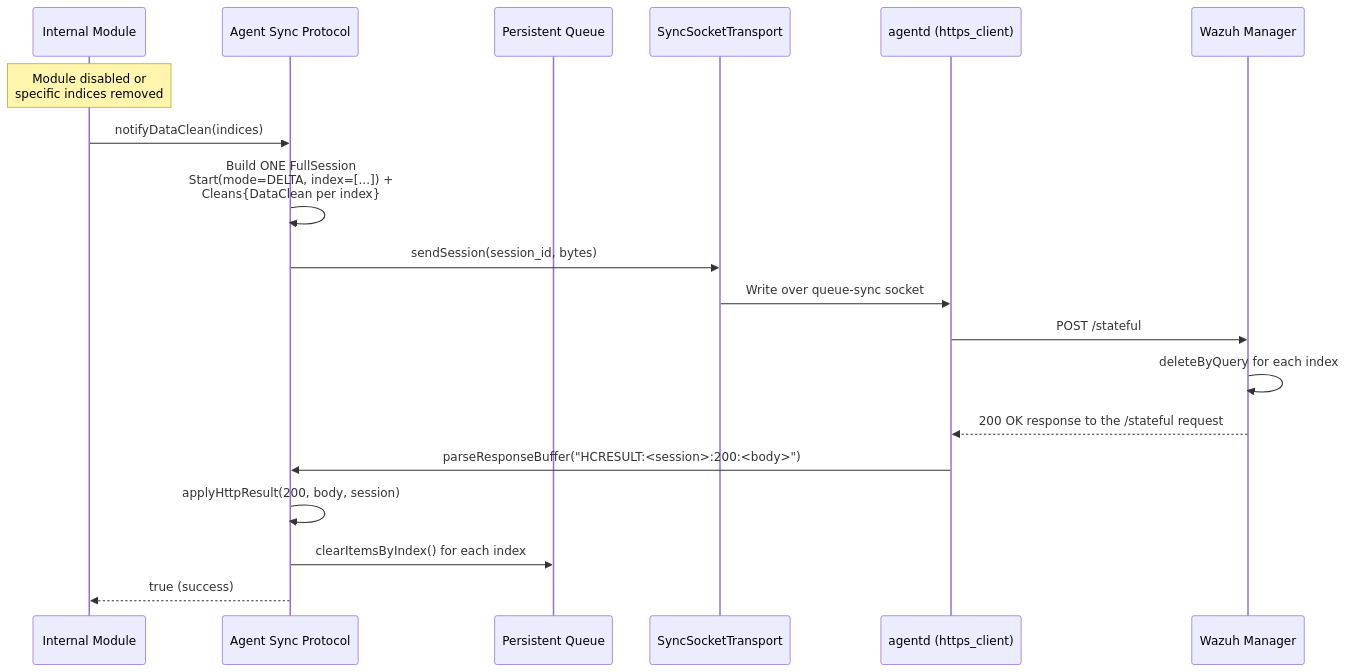
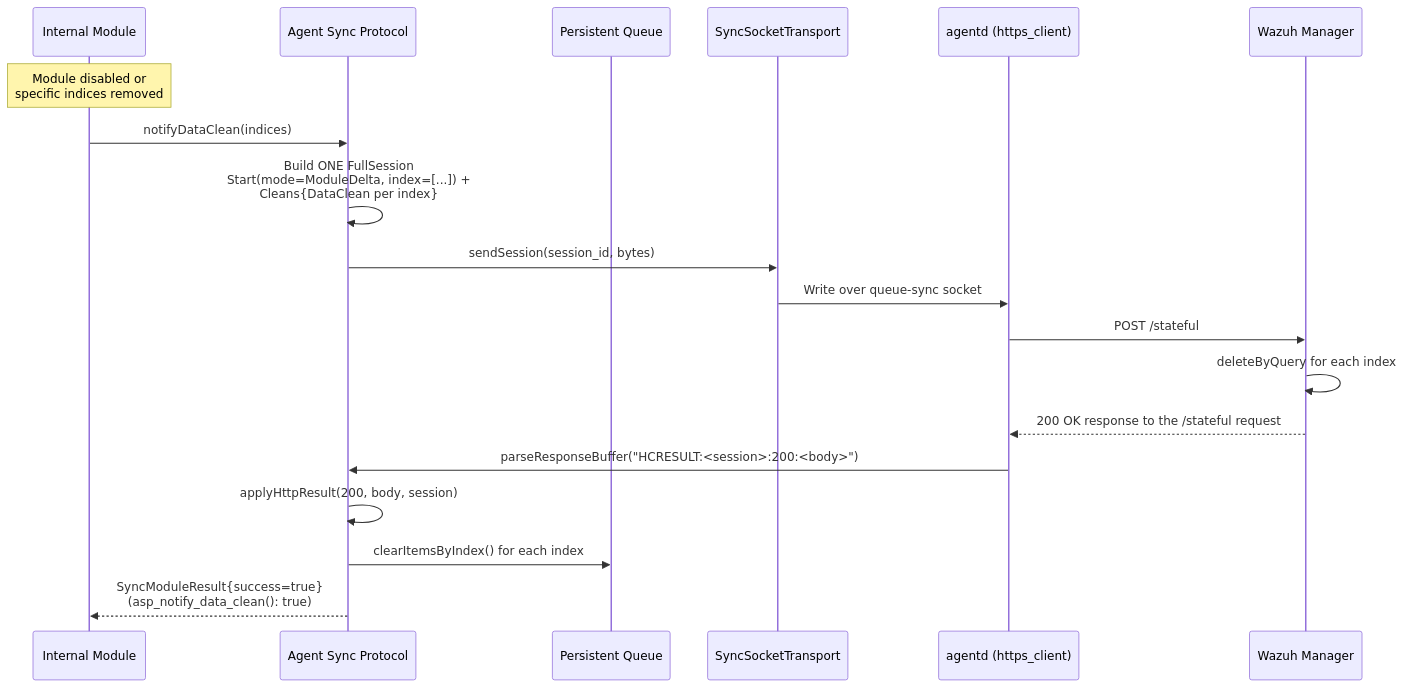
The seventh of 12 diagrams in docs/ref/modules/utils/sync-protocol/sequence-diagrams.md (wazuh/wazuh), drawn with Mermaid before and after one commit. The commit also changed other lines of this file and 86 other files, not shown here.

````diff
--- a/docs/ref/modules/utils/sync-protocol/sequence-diagrams.md
+++ b/docs/ref/modules/utils/sync-protocol/sequence-diagrams.md
@@ -176,27 +176,27 @@
 ```mermaid
 sequenceDiagram
     participant Module as Internal Module
     participant ASP as Agent Sync Protocol
     participant Queue as Persistent Queue
     participant Transport as SyncSocketTransport
     participant AD as agentd (https_client)
     participant Manager as Wazuh Manager
 
     Note over Module: Module disabled or<br/>specific indices removed
 
     Module->>ASP: notifyDataClean(indices)
 
-    ASP->>ASP: Build ONE FullSession<br/>Start(mode=DELTA, index=[...]) +<br/>Cleans{DataClean per index}
+    ASP->>ASP: Build ONE FullSession<br/>Start(mode=ModuleDelta, index=[...]) +<br/>Cleans{DataClean per index}
     ASP->>Transport: sendSession(session_id, bytes)
     Transport->>AD: Write over queue-sync socket
     AD->>Manager: POST /stateful
 
     Manager->>Manager: deleteByQuery for each index
 
     Manager-->>AD: 200 OK response to the /stateful request
     AD->>ASP: parseResponseBuffer("HCRESULT:<session>:200:<body>")
     ASP->>ASP: applyHttpResult(200, body, session)
     ASP->>Queue: clearItemsByIndex() for each index
 
-    ASP-->>Module: true (success)
+    ASP-->>Module: SyncModuleResult{success=true}<br/>(asp_notify_data_clean(): true)
 ```
````
